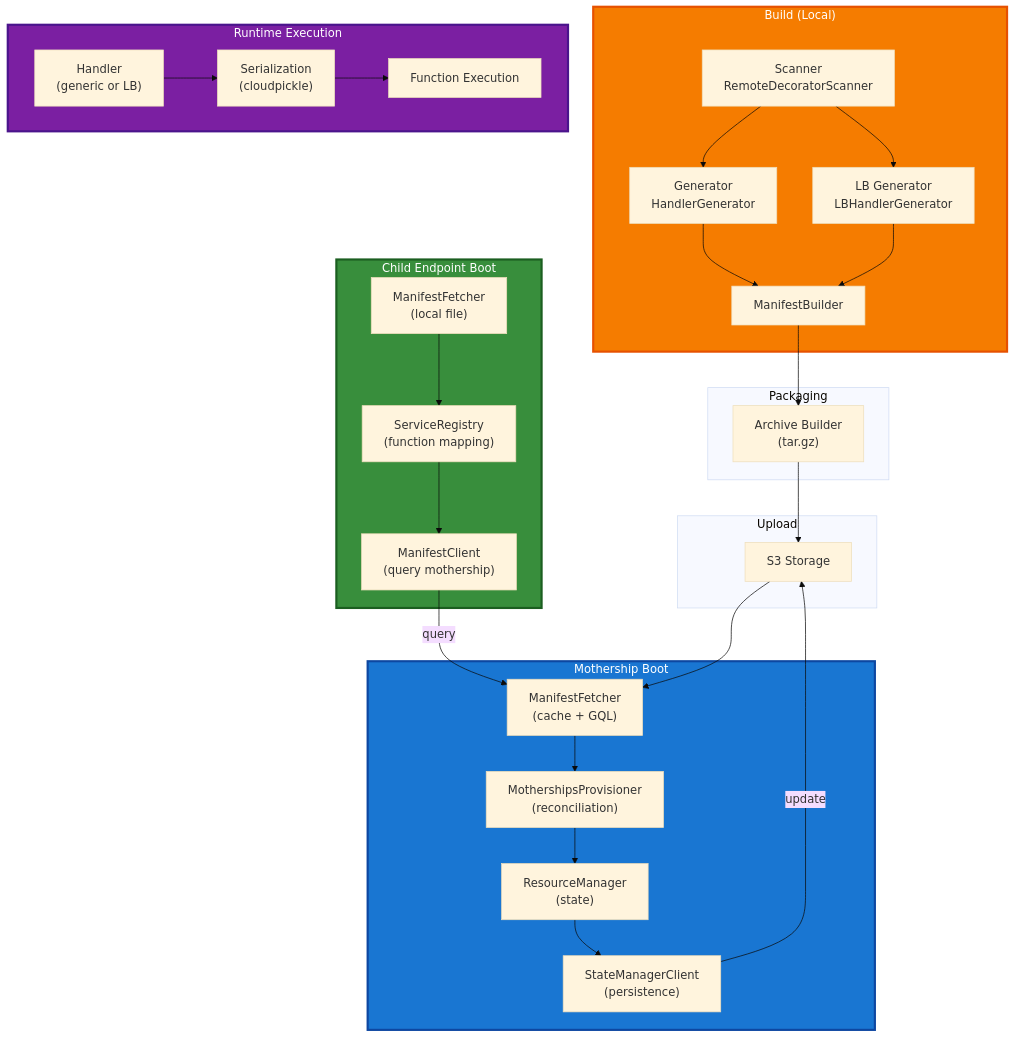
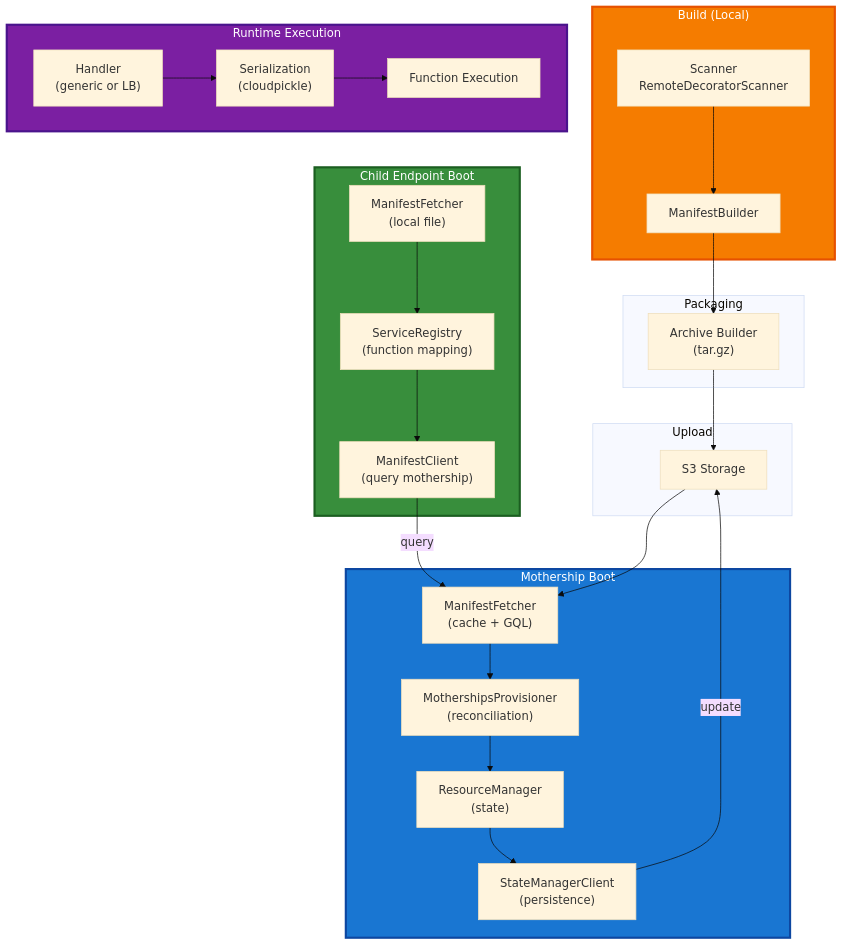
The seventh of 9 diagrams in docs/Flash_Deploy_Guide.md (runpod/tetra-rp), drawn with Mermaid (base theme) before and after one commit. The commit also changed other lines of this file and 30 other files, not shown here.

First line of the commit message:
refactor(build): remove deprecated handler generator and add verification scripts (#166)

````diff
--- a/docs/Flash_Deploy_Guide.md
+++ b/docs/Flash_Deploy_Guide.md
@@ -870,58 +859,53 @@
 ```mermaid
 graph TB
     subgraph Build["Build (Local)"]
         Scanner["Scanner<br/>RemoteDecoratorScanner"]
-        Generator["Generator<br/>HandlerGenerator"]
-        LBGen["LB Generator<br/>LBHandlerGenerator"]
         ManifestB["ManifestBuilder"]
     end
 
     subgraph Packaging["Packaging"]
         Archive["Archive Builder<br/>(tar.gz)"]
     end
 
     subgraph Upload["Upload"]
         S3["S3 Storage"]
     end
 
     subgraph MothershipBoot["Mothership Boot"]
         Fetcher["ManifestFetcher<br/>(cache + GQL)"]
         MProvisioner["MothershipsProvisioner<br/>(reconciliation)"]
         ResMgr["ResourceManager<br/>(state)"]
         StateMgr["StateManagerClient<br/>(persistence)"]
     end
 
     subgraph ChildBoot["Child Endpoint Boot"]
         ChildFetcher["ManifestFetcher<br/>(local file)"]
         Registry["ServiceRegistry<br/>(function mapping)"]
         ManifestC["ManifestClient<br/>(query mothership)"]
     end
 
     subgraph Runtime["Runtime Execution"]
         Handler["Handler<br/>(generic or LB)"]
         Serial["Serialization<br/>(cloudpickle)"]
         Exec["Function Execution"]
     end
 
-    Scanner --> Generator
-    Scanner --> LBGen
-    Generator --> ManifestB
-    LBGen --> ManifestB
+    Scanner --> ManifestB
     ManifestB --> Archive
     Archive --> S3
     S3 --> Fetcher
     Fetcher --> MProvisioner
     MProvisioner --> ResMgr
     ResMgr --> StateMgr
     StateMgr -->|update| S3
     ChildFetcher --> Registry
     ManifestC -->|query| Fetcher
     Registry --> ManifestC
     Handler --> Serial
     Serial --> Exec
 
     style Build fill:#f57c00,stroke:#e65100,stroke-width:3px,color:#fff
     style MothershipBoot fill:#1976d2,stroke:#0d47a1,stroke-width:3px,color:#fff
     style ChildBoot fill:#388e3c,stroke:#1b5e20,stroke-width:3px,color:#fff
     style Runtime fill:#7b1fa2,stroke:#4a148c,stroke-width:3px,color:#fff
 ```
````
